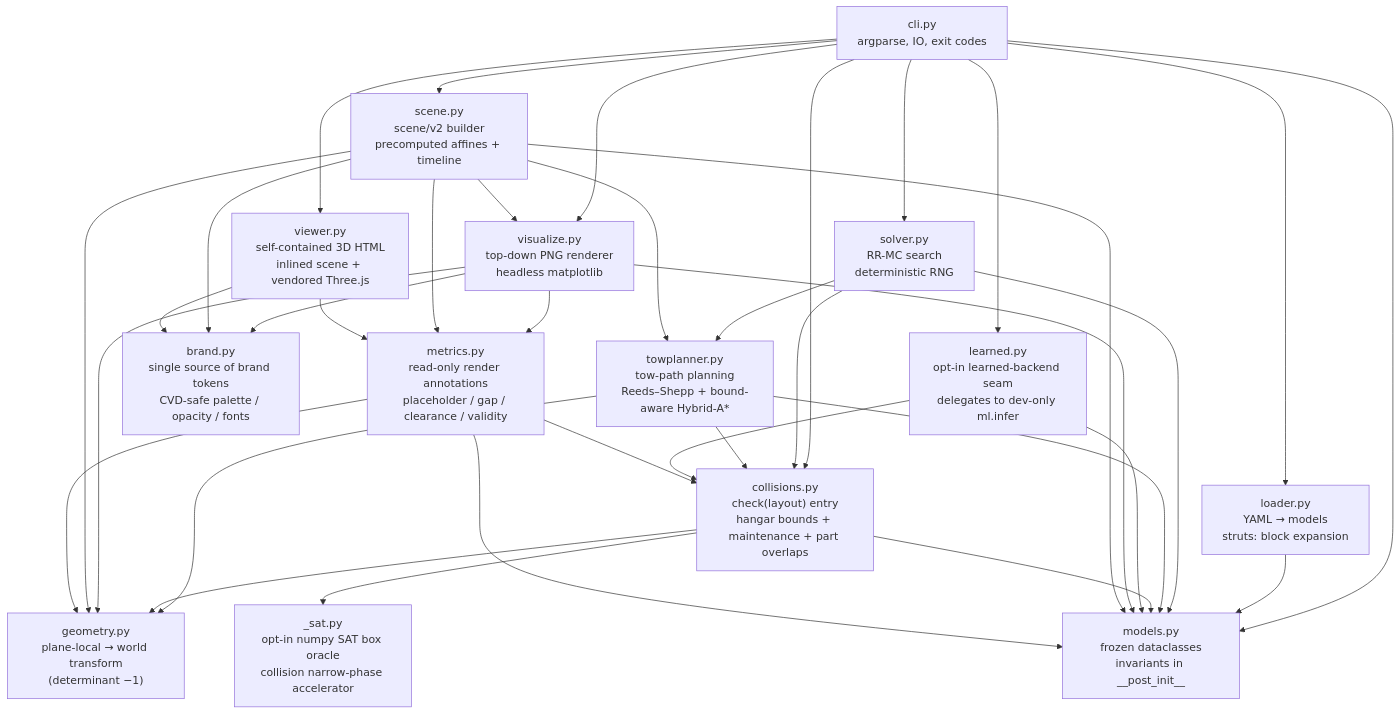
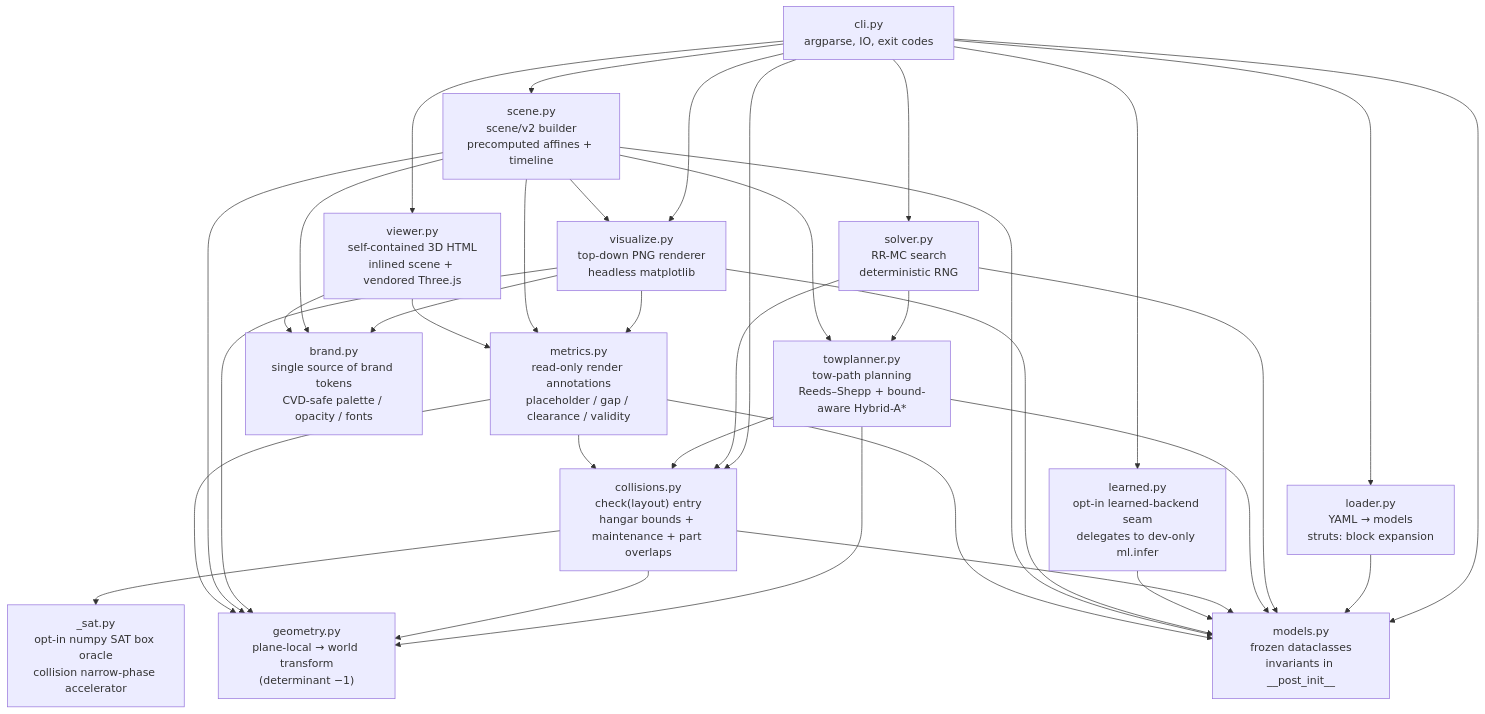
The first of 2 diagrams in docs/architecture/05-building-block-view.md (DocGerd/hangarfit), drawn with Mermaid before and after one commit. The commit also changed other lines of this file and 1 other file, not shown here.

````diff
--- a/docs/architecture/05-building-block-view.md
+++ b/docs/architecture/05-building-block-view.md
@@ -9,63 +9,62 @@
 ```mermaid
 flowchart TD
     cli["cli.py<br/>argparse, IO, exit codes"]
     loader["loader.py<br/>YAML → models<br/>struts: block expansion"]
     models["models.py<br/>frozen dataclasses<br/>invariants in __post_init__"]
     geometry["geometry.py<br/>plane-local → world transform<br/>(determinant −1)"]
     collisions["collisions.py<br/>check(layout) entry<br/>hangar bounds + maintenance + part overlaps"]
     solver["solver.py<br/>RR-MC search<br/>deterministic RNG"]
     towplanner["towplanner.py<br/>tow-path planning<br/>Reeds–Shepp + bound-aware Hybrid-A*"]
     visualize["visualize.py<br/>top-down PNG renderer<br/>headless matplotlib"]
     scene["scene.py<br/>scene/v2 builder<br/>precomputed affines + timeline"]
     viewer["viewer.py<br/>self-contained 3D HTML<br/>inlined scene + vendored Three.js"]
     metrics["metrics.py<br/>read-only render annotations<br/>placeholder / gap / clearance / validity"]
     brand["brand.py<br/>single source of brand tokens<br/>CVD-safe palette / opacity / fonts"]
     sat["_sat.py<br/>opt-in numpy SAT box oracle<br/>collision narrow-phase accelerator"]
     learned["learned.py<br/>opt-in learned-backend seam<br/>delegates to dev-only ml.infer"]
 
     cli --> loader
     cli --> collisions
     cli --> solver
     cli --> visualize
     cli --> scene
     cli --> viewer
     cli --> models
     cli --> learned
 
     loader --> models
 
     solver --> collisions
     solver --> models
     solver --> towplanner
 
     towplanner --> collisions
     towplanner --> geometry
     towplanner --> models
 
     collisions --> geometry
     collisions --> models
     collisions --> sat
 
-    learned --> collisions
     learned --> models
 
     visualize --> geometry
     visualize --> models
 
     scene --> geometry
     scene --> towplanner
     scene --> visualize
     scene --> models
 
     metrics --> collisions
     metrics --> geometry
     metrics --> models
 
     visualize --> metrics
     scene --> metrics
     viewer --> metrics
 
     visualize --> brand
     scene --> brand
     viewer --> brand
 ```
````
